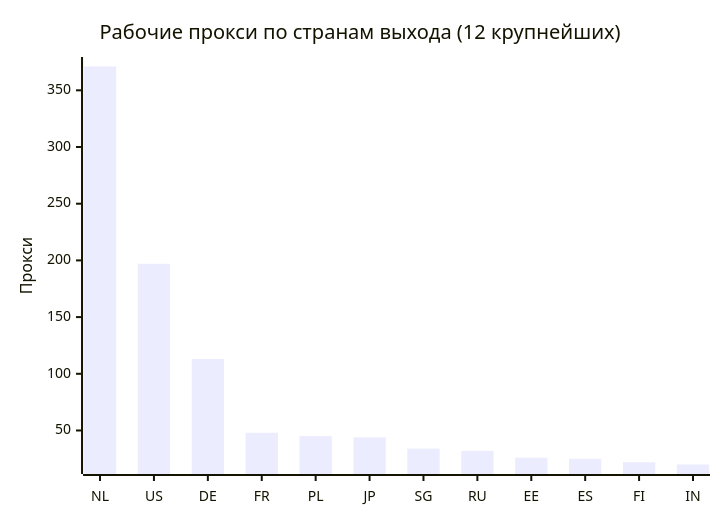
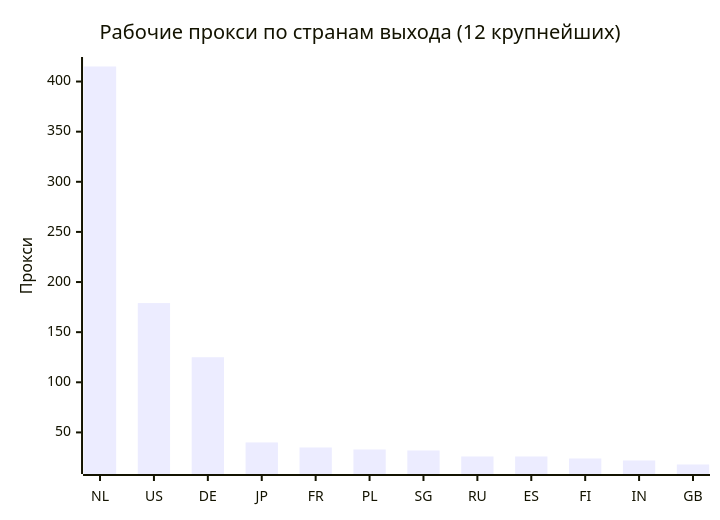
Before and after one commit to rvvg/proxy-subs: the second of 4 diagrams in README.md, drawn with Mermaid. The commit also changed other lines of this file and 55 other files, not shown here.

````diff
--- a/README.md
+++ b/README.md
@@ -128,7 +135,7 @@
 ```mermaid
 xychart-beta
     title "Рабочие прокси по странам выхода (12 крупнейших)"
-    x-axis ["NL", "US", "DE", "FR", "PL", "JP", "SG", "RU", "EE", "ES", "FI", "IN"]
+    x-axis ["NL", "US", "DE", "JP", "FR", "PL", "SG", "RU", "ES", "FI", "IN", "GB"]
     y-axis "Прокси"
-    bar [371, 197, 113, 48, 45, 44, 34, 32, 26, 25, 22, 20]
+    bar [415, 179, 125, 40, 35, 33, 32, 26, 26, 24, 22, 18]
 ```
````
